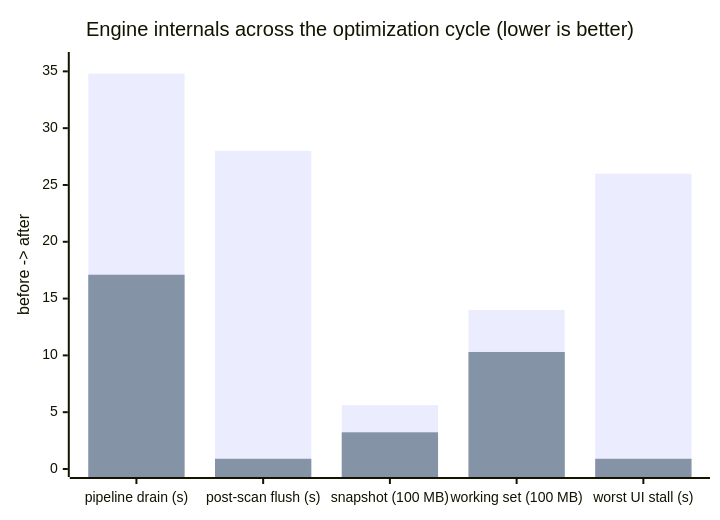
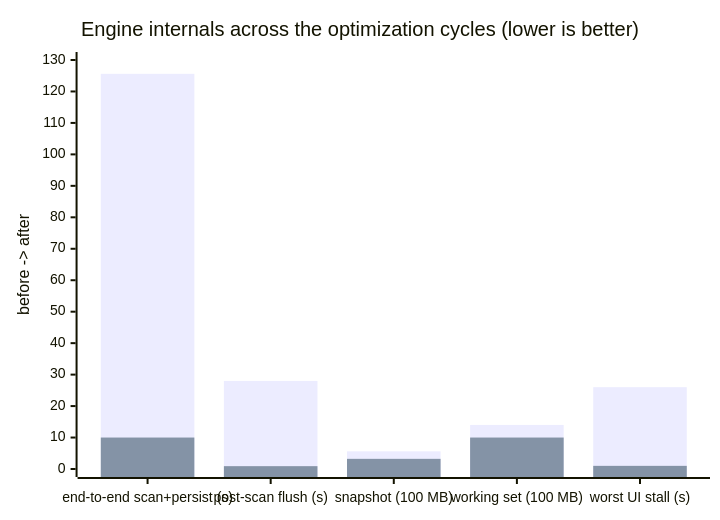
The second of 2 diagrams in README.md (marksmayo/WinBlaze), drawn with Mermaid before and after one commit. The commit also changed other lines of this file and 15 other files, not shown here.

````diff
--- a/README.md
+++ b/README.md
@@ -30,8 +30,8 @@
 ```mermaid
 xychart-beta
-    title "Engine internals across the optimization cycle (lower is better)"
-    x-axis ["pipeline drain (s)", "post-scan flush (s)", "snapshot (100 MB)", "working set (100 MB)", "worst UI stall (s)"]
-    y-axis "before -> after" 0 --> 36
-    bar "before" [34.8, 28.0, 5.62, 14.0, 26.0]
-    bar "after" [17.1, 0.9, 3.23, 10.3, 0.9]
+    title "Engine internals across the optimization cycles (lower is better)"
+    x-axis ["end-to-end scan+persist (s)", "post-scan flush (s)", "snapshot (100 MB)", "working set (100 MB)", "worst UI stall (s)"]
+    y-axis "before -> after" 0 --> 130
+    bar "before" [125.6, 28.0, 5.62, 14.0, 26.0]
+    bar "after" [10.0, 0.9, 3.23, 10.0, 1.0]
 ```
````
